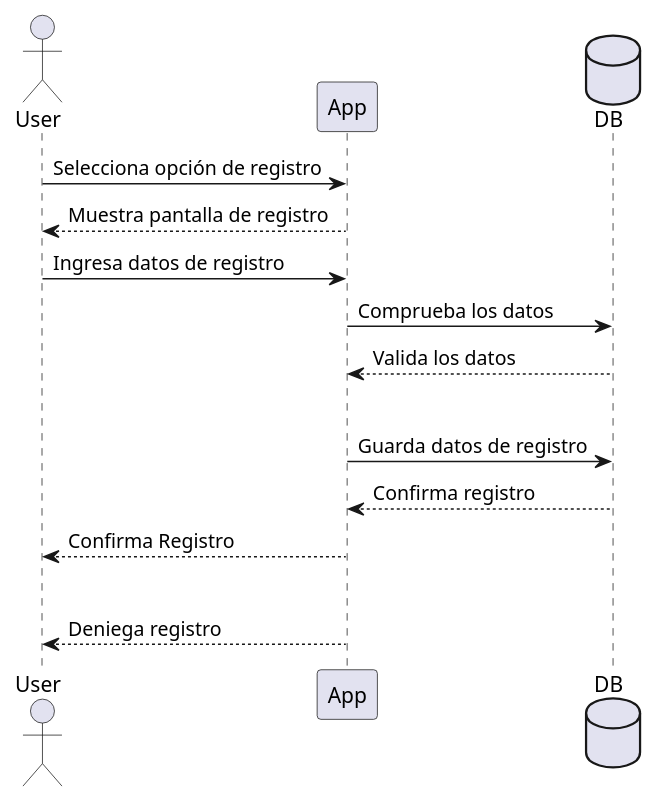
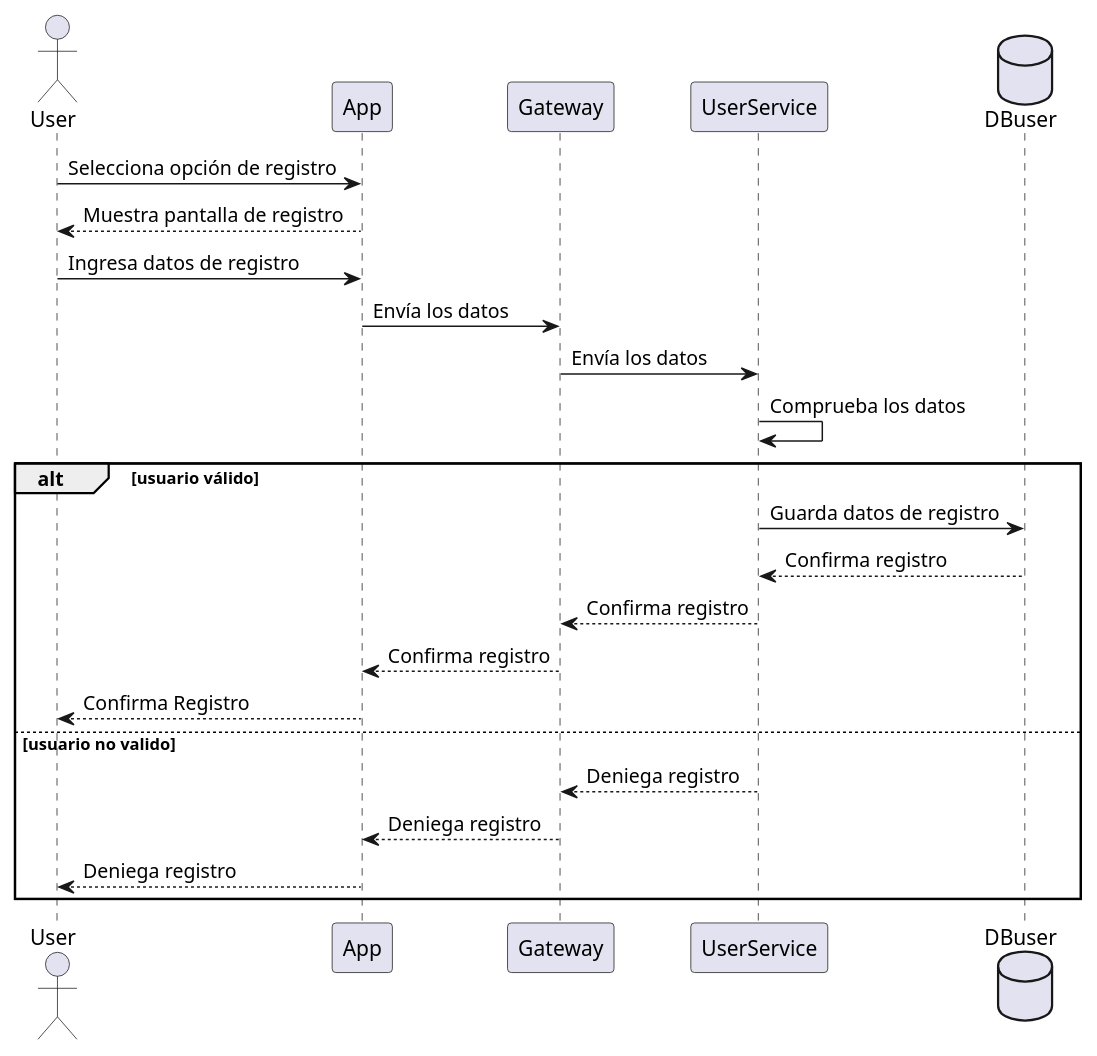
The first of 9 diagrams in docs/src/06_runtime_view.adoc (Arquisoft/wiq_es6b), drawn with PlantUML before and after one commit. The commit also changed other lines of this file and 4 other files, not shown here.

```diff
--- a/docs/src/06_runtime_view.adoc
+++ b/docs/src/06_runtime_view.adoc
@@ -8,18 +8,31 @@
-[plantuml,"Sequence diagram",png]
+[plantuml,"Registro",png]
 ----
 actor User
 participant App
-database DB
+participant Gateway
+participant UserService
+database DBuser
 
 User -> App: Selecciona opción de registro
 User <-- App: Muestra pantalla de registro
 User -> App: Ingresa datos de registro
-App -> DB: Comprueba los datos
-App <-- DB: Valida los datos
+App -> Gateway: Envía los datos
+Gateway -> UserService: Envía los datos
+UserService -> UserService: Comprueba los datos
+
 alt usuario válido
-    App -> DB: Guarda datos de registro
-    App <-- DB: Confirma registro
+
+    UserService -> DBuser: Guarda datos de registro
+    UserService <-- DBuser: Confirma registro
+    Gateway <-- UserService : Confirma registro
+    App<-- Gateway: Confirma registro
     User <-- App: Confirma Registro
-alt usuario inválido
+
+else usuario no valido
+
+    Gateway <-- UserService: Deniega registro
+    App <-- Gateway: Deniega registro
     User <-- App: Deniega registro
+
+end
 ----
```
